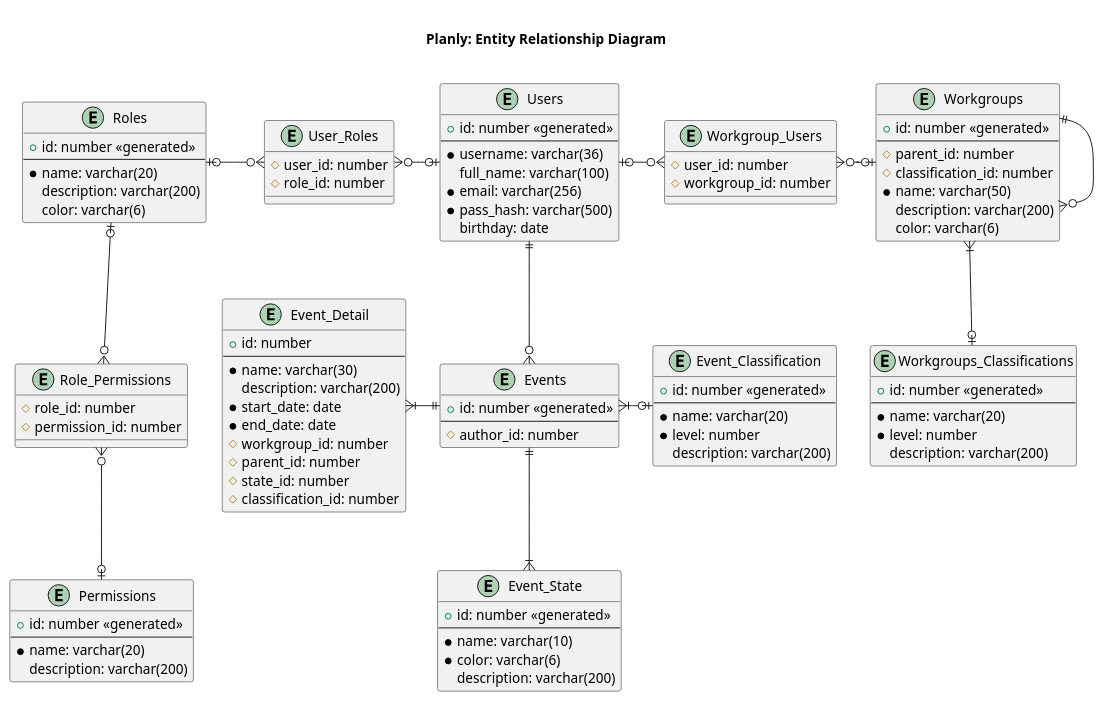
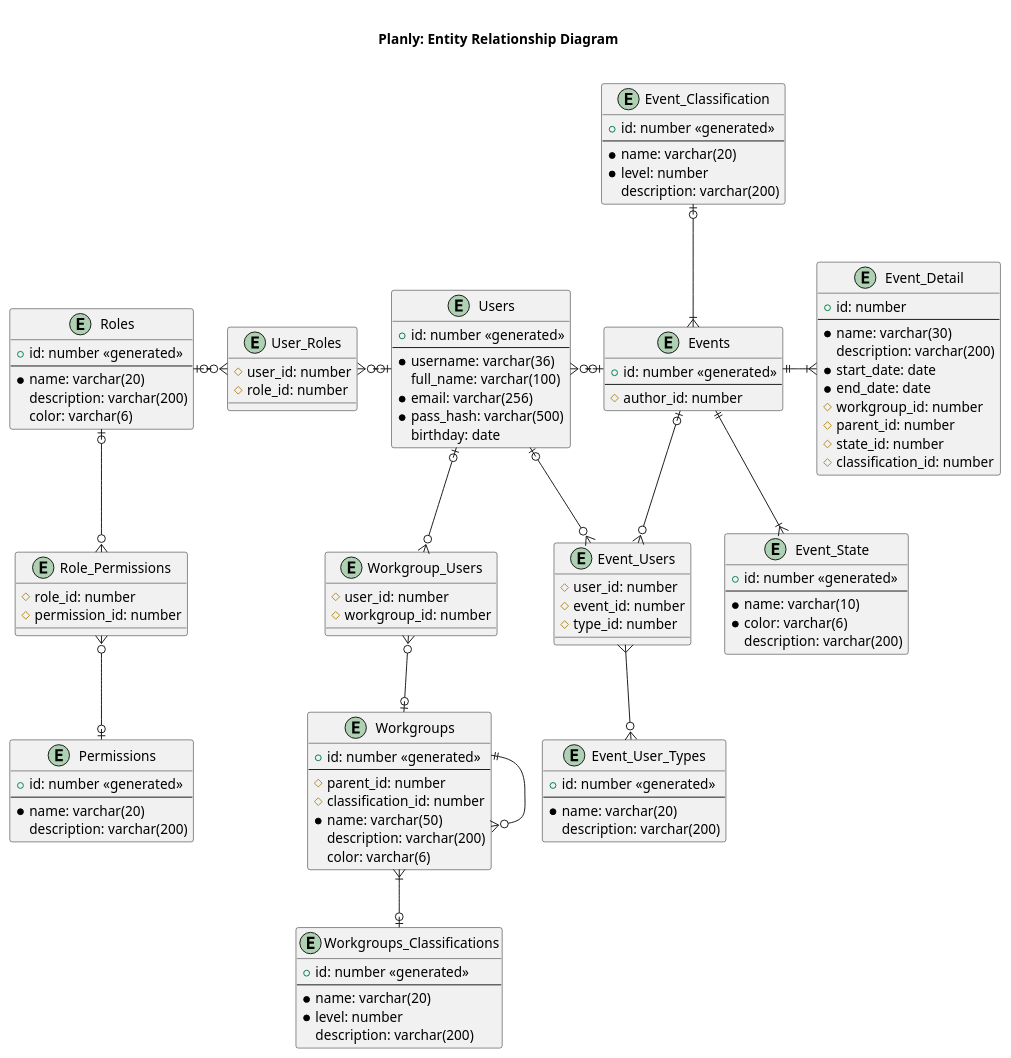
One commit to MrDahaniel/Planly changed the diagram in Planning and Design/DatabaseDiagram.plantuml. Above: the diagram before and after it, drawn with PlantUML. The commit also changed 5 other files, not shown here.

Commit message:
Updated diagrams, added architecure diagram

```diff
--- a/Planning and Design/DatabaseDiagram.plantuml
+++ b/Planning and Design/DatabaseDiagram.plantuml
@@ -1,119 +1,136 @@
-@startuml yumlyClassDiagram
+@startuml yumlyDatabaseDiagram
 
     title \n Planly: Entity Relationship Diagram \n
 
     entity Users {
         + id: number «generated»
         ---
         * username: varchar(36)
         full_name: varchar(100)
         * email: varchar(256)
         * pass_hash: varchar(500)
         birthday: date
     }
 
     entity Roles {
         + id: number «generated»
         ---
         * name: varchar(20)
         description: varchar(200)
         color: varchar(6)
     }
 
     entity User_Roles {
         # user_id: number
         # role_id: number
     }
     
     entity Permissions {
         + id: number «generated»
         ---
         * name: varchar(20)
         description: varchar(200)
     }
 
     entity Role_Permissions {
         # role_id: number
         # permission_id: number
     }
 
     entity Workgroups {
         + id: number «generated»
         ---
         # parent_id: number
         # classification_id: number
         * name: varchar(50)
         description: varchar(200)
         color: varchar(6)
     }
 
     entity Workgroup_Users {
         # user_id: number
         # workgroup_id: number
     }
 
     entity Workgroups_Classifications {
         + id: number «generated»
         ---
         * name: varchar(20)
         * level: number
         description: varchar(200)
     }
 
     entity Events {
         + id: number «generated»
         ---
         # author_id: number
     }
 
+    entity Event_Users {
+        # user_id: number
+        # event_id: number
+        # type_id: number
+    }
+
+    entity Event_User_Types {
+        + id: number «generated»
+        ---
+        * name: varchar(20)
+        description: varchar(200)
+    }
+
     entity Event_State {
         + id: number «generated»
         ---
         * name: varchar(10)
         * color: varchar(6)
         description: varchar(200)
     }
 
     entity Event_Classification {
         + id: number «generated»
         ---
         * name: varchar(20)
         * level: number
         description: varchar(200)
     }
 
     entity Event_Detail {
         + id: number
         ---
         * name: varchar(30)
         description: varchar(200)
         * start_date: date
         * end_date: date
         # workgroup_id: number
         # parent_id: number
         # state_id: number
         # classification_id: number
     }
 
     Users |o-left-o{ User_Roles
+    Users |o-right-o{ Event_Users
     User_Roles }o-left-o| Roles
 
-    Users |o-right-o{ Workgroup_Users
-    Workgroup_Users }o-right-o| Workgroups
+    Users |o--o{ Workgroup_Users
+    Workgroup_Users }o--o| Workgroups
 
     Roles |o--o{ Role_Permissions
     Role_Permissions }o--o| Permissions
 
-    Events  ||-left-|{ Event_Detail
-    Events  ||-down-|{ Event_State
-    Events  }|-right-o| Event_Classification
+    Events ||-right-|{ Event_Detail
+    Events |o-left-o{ Users
+    Events |o--o{ Event_Users
+    Event_Users }--o{ Event_User_Types 
+    Events ||--|{ Event_State
+    Events }|-up-o| Event_Classification
 
     Workgroups }|--o| Workgroups_Classifications
     Workgroups ||--o{ Workgroups
 
-    Users ||-down-o{ Events
+    ' Users ||--o{ Events
 
 
 
 
 @enduml
```
